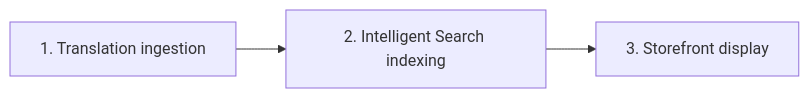
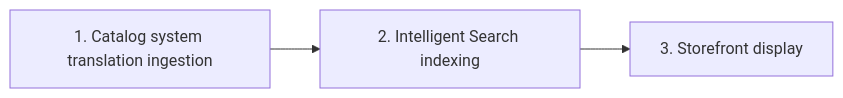
One commit to vtexdocs/dev-portal-content changed the diagram in docs/guides/Catalog/Multi-language/catalog-multi-language-integration-guide.md. Above: the diagram before and after it, drawn with Mermaid. The commit also changed other lines of this file, not shown here.

````diff
--- a/docs/guides/Catalog/Multi-language/catalog-multi-language-integration-guide.md
+++ b/docs/guides/Catalog/Multi-language/catalog-multi-language-integration-guide.md
@@ -52,5 +52,5 @@
 ```mermaid
 flowchart LR
-    A[1. Translation ingestion] --> B[2. Intelligent Search indexing]
+    A[1. Catalog system translation ingestion] --> B[2. Intelligent Search indexing]
     B --> C[3. Storefront display]
 ```
````
